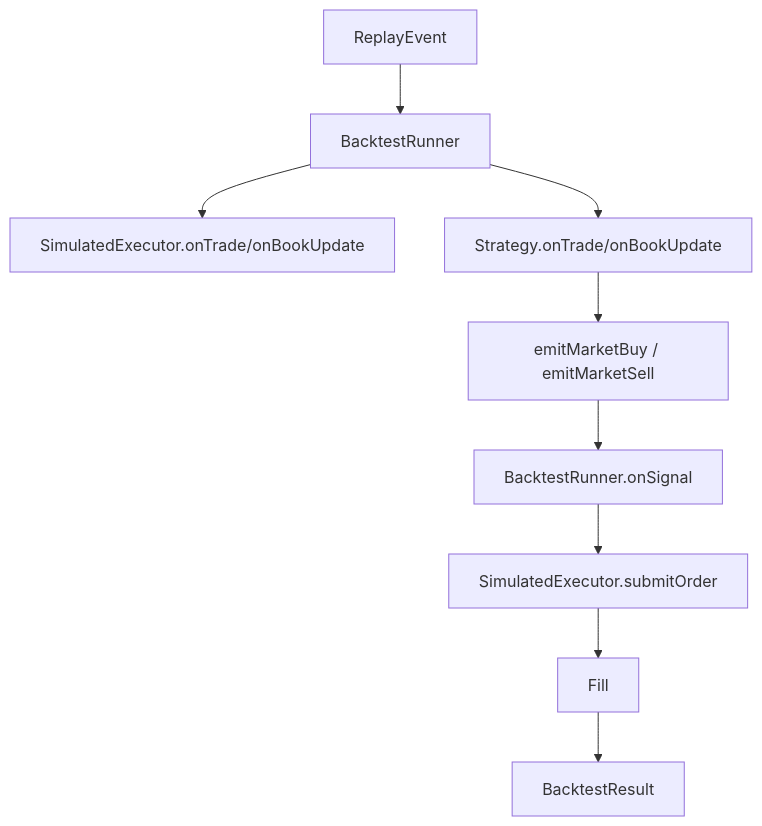
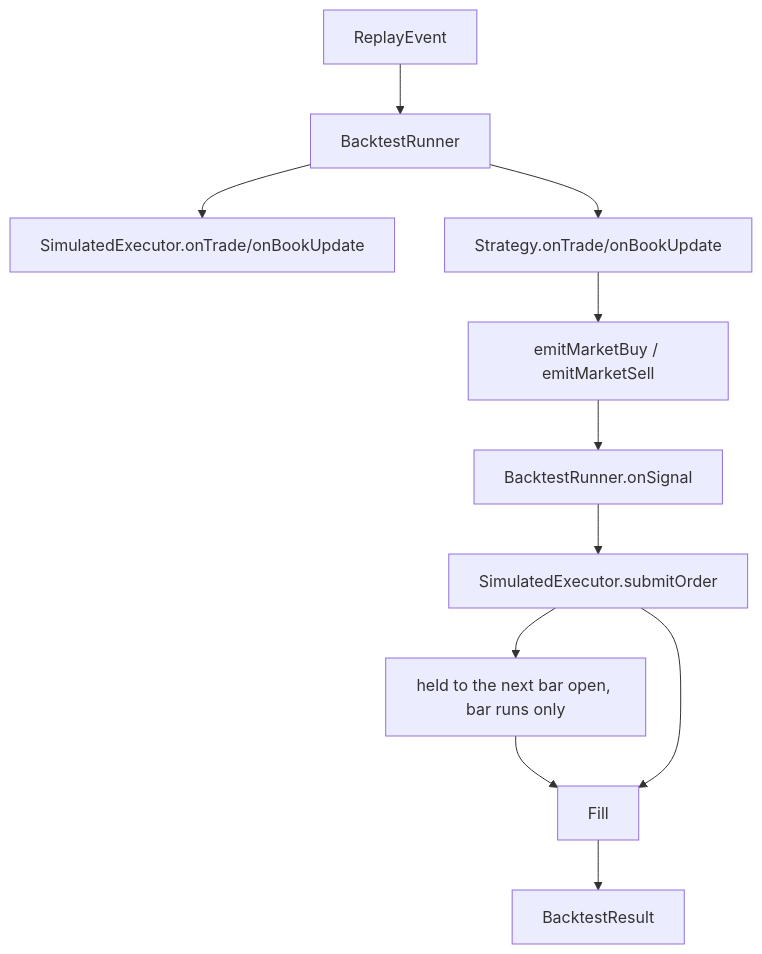
The diagram in docs/reference/api/backtest/backtest_runner.md (FLOX-Foundation/flox), drawn with Mermaid before and after one commit. The commit also changed other lines of this file and 22 other files, not shown here.

````diff
--- a/docs/reference/api/backtest/backtest_runner.md
+++ b/docs/reference/api/backtest/backtest_runner.md
@@ -137,13 +169,15 @@
 ```mermaid
 flowchart TB
     RE[ReplayEvent] --> BR[BacktestRunner]
 
     BR --> SE1[SimulatedExecutor.onTrade/onBookUpdate]
     BR --> ST[Strategy.onTrade/onBookUpdate]
 
     ST --> Emit[emitMarketBuy / emitMarketSell]
     Emit --> Signal[BacktestRunner.onSignal]
     Signal --> Submit[SimulatedExecutor.submitOrder]
-    Submit --> Fill[Fill]
+    Submit --> Hold[held to the next bar open, bar runs only]
+    Hold --> Fill[Fill]
+    Submit --> Fill
     Fill --> Result[BacktestResult]
 ```
````
